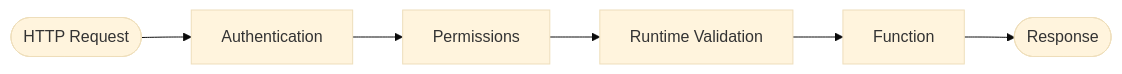
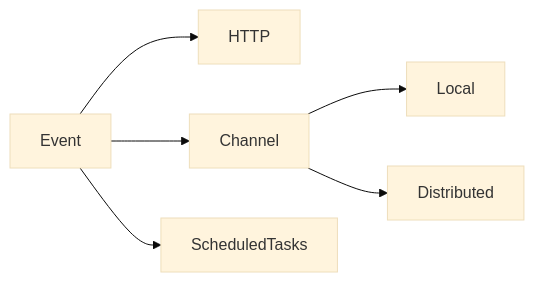
The fourth of 5 diagrams in docs/concepts/index.md (pikkujs/website), drawn with Mermaid (base theme) before and after one commit. The commit also changed other lines of this file and 15 other files, not shown here.

Commit message:
improving documentation and adding graphs

````diff
--- a/docs/concepts/index.md
+++ b/docs/concepts/index.md
@@ -143,9 +110,12 @@
 ```mermaid
-graph LR
-  Event([HTTP Request])
-  Function[Function]
-  Auth[Authentication]
-  Permissions[Permissions]
-  Validation[Runtime Validation]
-  Event --> Auth --> Permissions --> Validation --> Function --> Response([Response])
+flowchart LR
+  HTTP
+  Channel
+  ScheduledTasks
+
+  Event --> HTTP
+  Event --> Channel
+  Channel --> Local
+  Channel --> Distributed
+  Event --> ScheduledTasks
 ```
````
